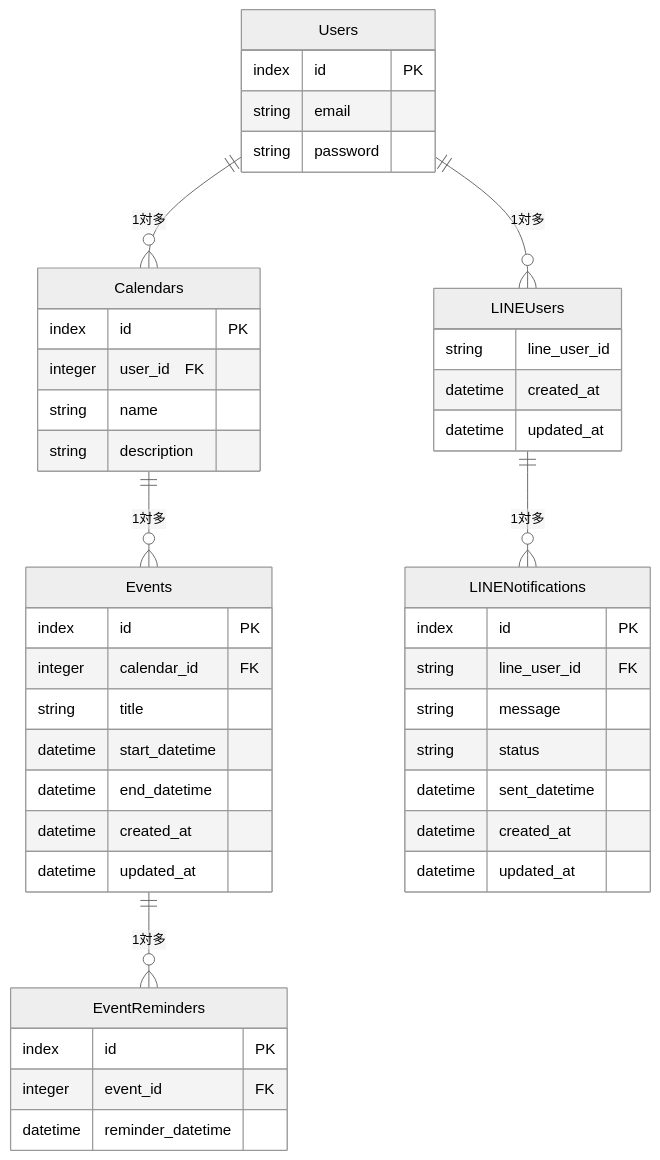
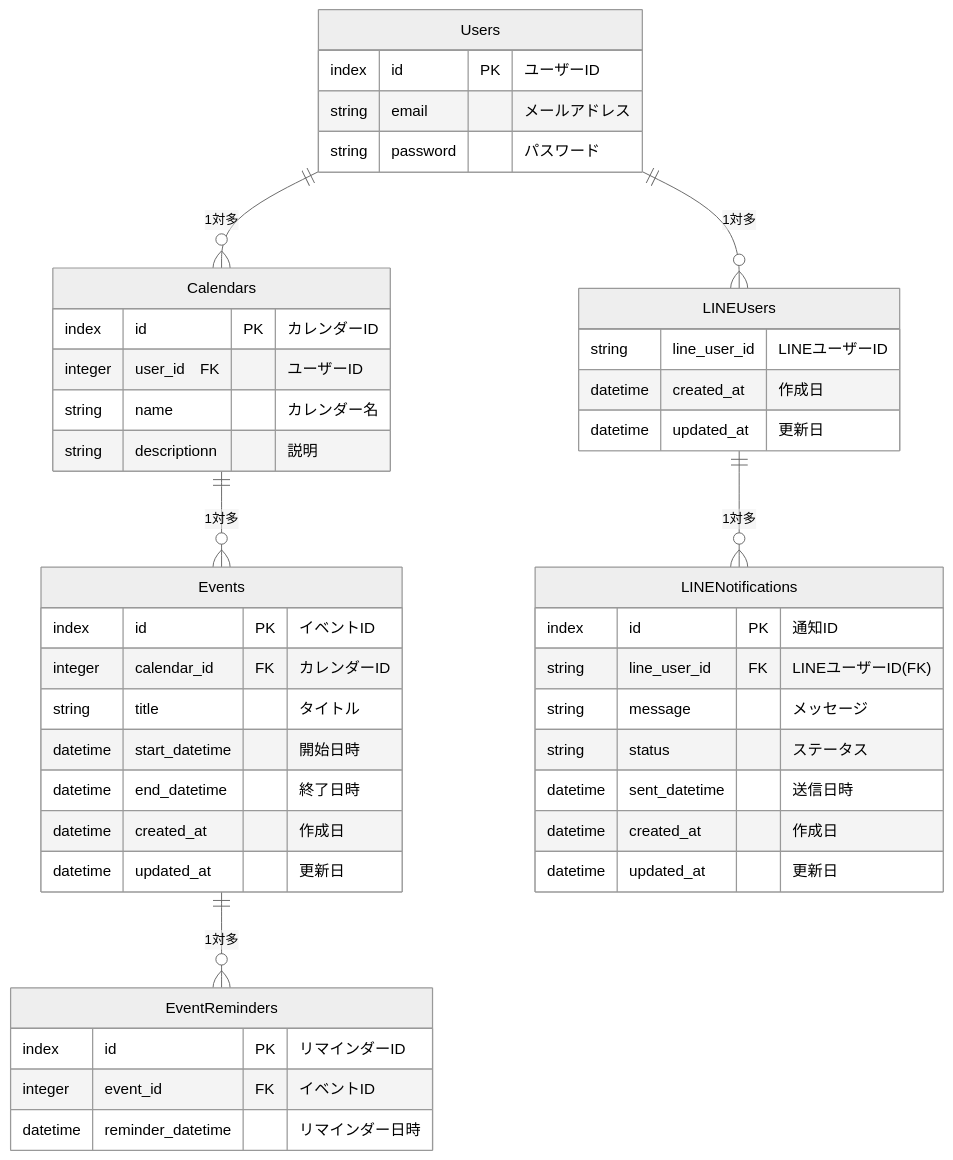
Before and after one commit to miyaki2003/README: the diagram in mermaid.md, drawn with Mermaid (neutral theme). The commit also changed 1 other file, not shown here.

Commit message:
ローカルでの変更をコミット

````diff
--- a/mermaid.md
+++ b/mermaid.md
@@ -1,53 +1,53 @@
 ```mermaid
 erDiagram
   Users ||--o{ Calendars : "1対多"
    Users ||--o{ LINEUsers : "1対多"
   Calendars ||--o{ Events : "1対多"
   Events ||--o{ EventReminders : "1対多"
   LINEUsers ||--o{ LINENotifications : "1対多"
 
     Users {
-      index id PK
-      string email
-      string password
+      index id PK "ユーザーID"
+      string email "メールアドレス"
+      string password "パスワード"
     }
 
     Calendars {
-      index id PK
-      integer user_id　FK
-      string name
-      string description
+      index id PK "カレンダーID"
+      integer user_id　FK "ユーザーID"
+      string name "カレンダー名"
+      string descriptionn "説明"
     }
 
     Events {
-      index id PK
-      integer calendar_id FK
-      string title
-      datetime start_datetime
-      datetime end_datetime
-      datetime created_at
-      datetime updated_at
+      index id PK "イベントID"
+      integer calendar_id FK "カレンダーID"
+      string title "タイトル"
+      datetime start_datetime "開始日時"
+      datetime end_datetime "終了日時"
+      datetime created_at "作成日"
+      datetime updated_at "更新日"
   }
 
     EventReminders {
-      index id PK
-      integer event_id FK
-      datetime reminder_datetime
+      index id PK "リマインダーID"
+      integer event_id FK "イベントID"
+      datetime reminder_datetime "リマインダー日時"
     }
 
     LINEUsers{
-      string line_user_id
-      datetime created_at
-      datetime updated_at
+      string line_user_id "LINEユーザーID"
+      datetime created_at "作成日"
+      datetime updated_at "更新日"
     }
 
     LINENotifications {
-      index id PK
-      string line_user_id FK
-      string message
-      string status
-      datetime sent_datetime
-      datetime created_at
-      datetime updated_at
+      index id PK "通知ID"
+      string line_user_id FK "LINEユーザーID(FK)"
+      string message "メッセージ"
+      string status "ステータス"
+      datetime sent_datetime "送信日時"
+      datetime created_at "作成日"
+      datetime updated_at "更新日"
     }
 ```
````
